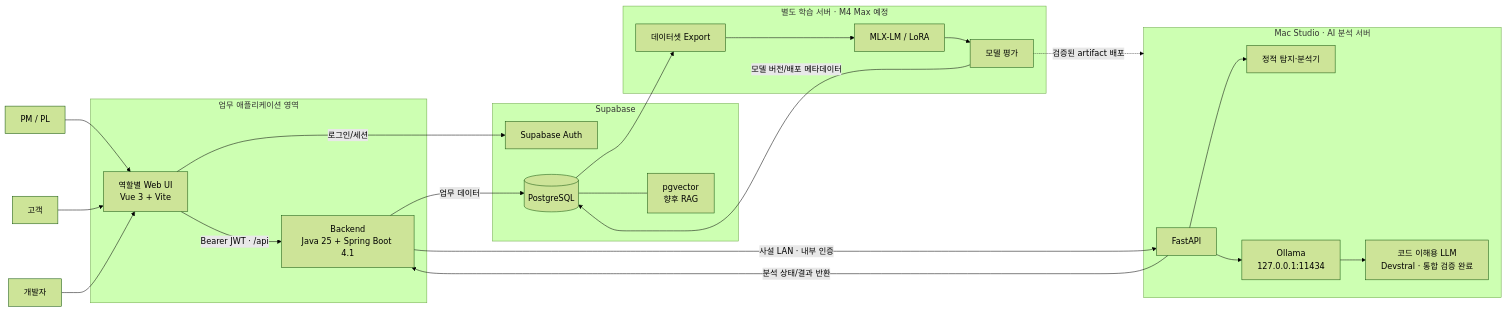
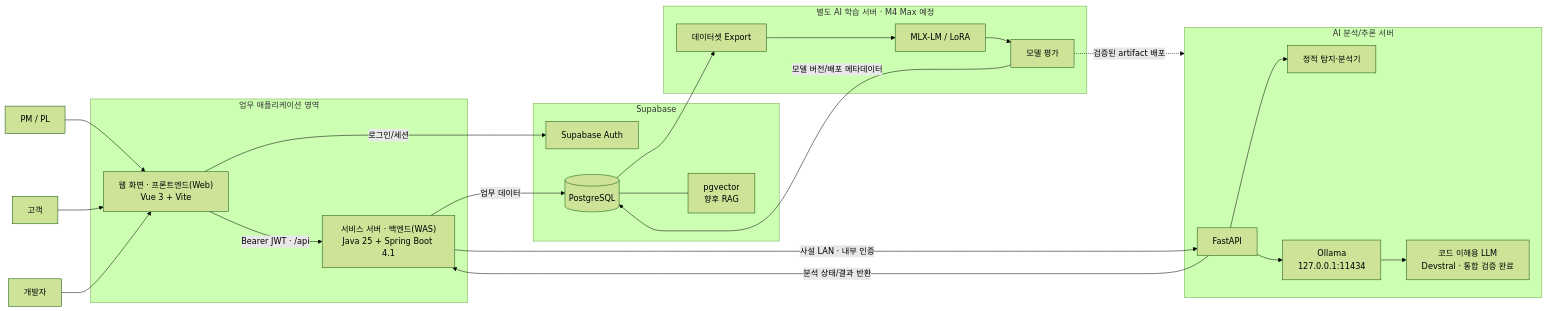
Before and after one commit to KimAgHuge/hackathon-ai: the first of 12 diagrams in docs/02_시스템_아키텍처.md, drawn with Mermaid (forest theme). The commit also changed other lines of this file and 22 other files, not shown here.

````diff
--- a/docs/02_시스템_아키텍처.md
+++ b/docs/02_시스템_아키텍처.md
@@ -21,48 +21,48 @@
 ```mermaid
 flowchart LR
     PM["PM / PL"]
     CUSTOMER["고객"]
     DEV["개발자"]
 
     subgraph APP["업무 애플리케이션 영역"]
-        FE["역할별 Web UI<br/>Vue 3 + Vite"]
-        BE["Backend<br/>Java 25 + Spring Boot 4.1"]
+        FE["웹 화면 · 프론트엔드(Web)<br/>Vue 3 + Vite"]
+        BE["서비스 서버 · 백엔드(WAS)<br/>Java 25 + Spring Boot 4.1"]
     end
 
     subgraph SB["Supabase"]
         AUTH["Supabase Auth"]
         DB[("PostgreSQL")]
         VEC["pgvector<br/>향후 RAG"]
     end
 
-    subgraph MAC["Mac Studio · AI 분석 서버"]
+    subgraph MAC["AI 분석/추론 서버"]
         API["FastAPI"]
         DET["정적 탐지·분석기"]
         OLLAMA["Ollama<br/>127.0.0.1:11434"]
         MODEL["코드 이해용 LLM<br/>Devstral · 통합 검증 완료"]
     end
 
-    subgraph TRAIN["별도 학습 서버 · M4 Max 예정"]
+    subgraph TRAIN["별도 AI 학습 서버 · M4 Max 예정"]
         EXPORT["데이터셋 Export"]
         LORA["MLX-LM / LoRA"]
         EVAL["모델 평가"]
     end
 
     PM --> FE
     CUSTOMER --> FE
     DEV --> FE
     FE -->|"로그인/세션"| AUTH
     FE -->|"Bearer JWT · /api"| BE
     BE -->|"업무 데이터"| DB
     BE -->|"사설 LAN · 내부 인증"| API
     API --> DET
     API --> OLLAMA
     OLLAMA --> MODEL
     API -->|"분석 상태/결과 반환"| BE
     DB --> EXPORT
     EXPORT --> LORA
     LORA --> EVAL
     EVAL -->|"모델 버전/배포 메타데이터"| DB
     EVAL -.->|"검증된 artifact 배포"| MAC
     DB --- VEC
 ```
````
